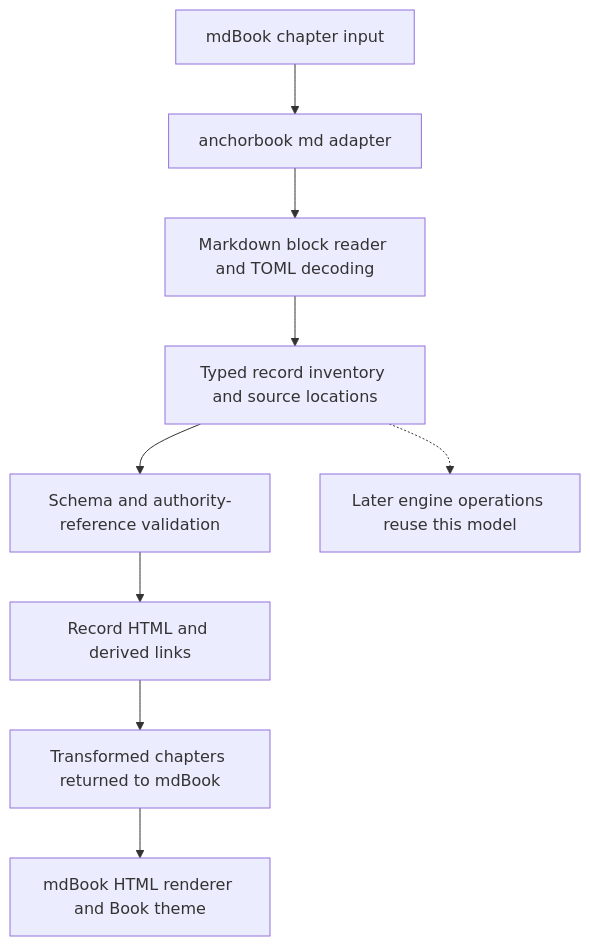
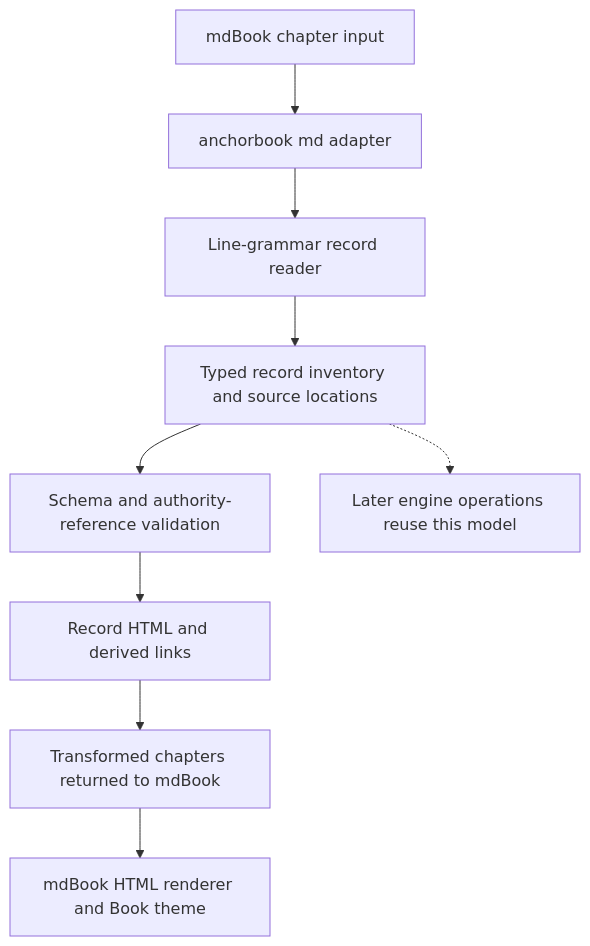
Before and after one commit to anchor-book/anchor-book: the first of 2 diagrams in book/design/record-rendering.md, drawn with Mermaid. The commit also changed other lines of this file and 53 other files, not shown here.

First line of the commit message:
Read records in the line grammar and migrate this Book

````diff
--- a/book/design/record-rendering.md
+++ b/book/design/record-rendering.md
@@ -122,11 +45,11 @@
 ```mermaid
 flowchart TB
     mdbook["mdBook chapter input"] --> adapter["anchorbook md adapter"]
-    adapter --> reader["Markdown block reader and TOML decoding"]
+    adapter --> reader["Line-grammar record reader"]
     reader --> model["Typed record inventory and source locations"]
     model --> validation["Schema and authority-reference validation"]
     validation --> renderer["Record HTML and derived links"]
     renderer --> output["Transformed chapters returned to mdBook"]
     output --> site["mdBook HTML renderer and Book theme"]
     model -.-> future["Later engine operations reuse this model"]
 ```
````
